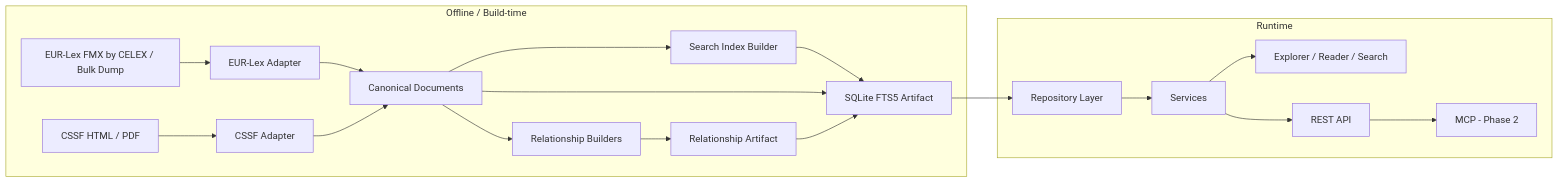
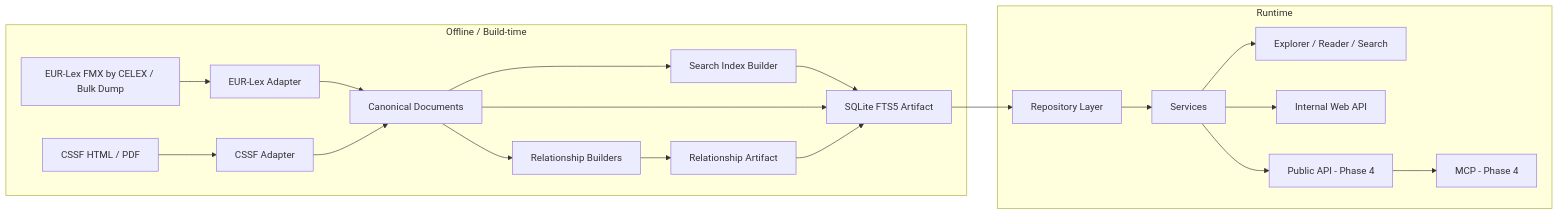
The first of 2 diagrams in docs/regulatory_knowledge_platform_technical_architecture.md (liyouqi/regulatory-knowledge-platform), drawn with Mermaid before and after one commit. The commit also changed other lines of this file and 1 other file, not shown here.

Commit message:
docs: move public API and MCP to phase 4

````diff
--- a/docs/regulatory_knowledge_platform_technical_architecture.md
+++ b/docs/regulatory_knowledge_platform_technical_architecture.md
@@ -79,23 +80,24 @@
 ```mermaid
 flowchart LR
     subgraph BUILD[Offline / Build-time]
         A[EUR-Lex FMX by CELEX / Bulk Dump] --> B[EUR-Lex Adapter]
         C[CSSF HTML / PDF] --> D[CSSF Adapter]
         B --> E[Canonical Documents]
         D --> E
         E --> F[Relationship Builders]
         E --> G[Search Index Builder]
         F --> H[Relationship Artifact]
         G --> I[SQLite FTS5 Artifact]
         E --> I
         H --> I
     end
 
     subgraph RUN[Runtime]
         I --> R[Repository Layer]
         R --> S[Services]
         S --> W[Explorer / Reader / Search]
-        S --> API[REST API]
-        API --> MCP[MCP - Phase 2]
+        S --> API[Internal Web API]
+        S --> PUBLIC[Public API - Phase 4]
+        PUBLIC --> MCP[MCP - Phase 4]
     end
 ```
````
